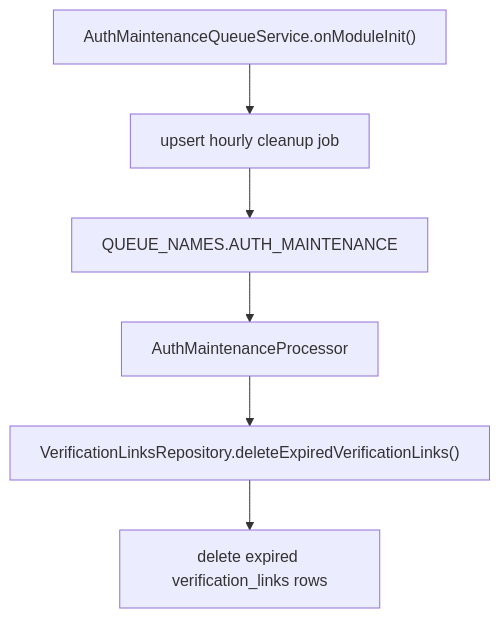
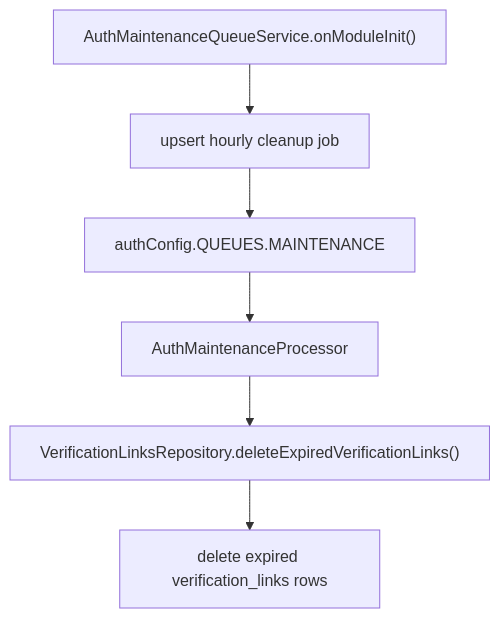
One commit to KaterynaKocheharova/Practice-app changed the seventh of 7 diagrams in back/docs/auth/signup-flow.md. Above: the diagram before and after it, drawn with Mermaid. The commit also changed other lines of this file and 33 other files, not shown here.

````diff
--- a/back/docs/auth/signup-flow.md
+++ b/back/docs/auth/signup-flow.md
@@ -236,8 +237,8 @@
 ```mermaid
 flowchart TD
   ModuleInit["AuthMaintenanceQueueService.onModuleInit()"] --> Schedule["upsert hourly cleanup job"]
-  Schedule --> Queue["QUEUE_NAMES.AUTH_MAINTENANCE"]
+  Schedule --> Queue["authConfig.QUEUES.MAINTENANCE"]
   Queue --> Processor["AuthMaintenanceProcessor"]
   Processor --> Delete["VerificationLinksRepository.deleteExpiredVerificationLinks()"]
   Delete --> Db["delete expired verification_links rows"]
 ```
````
